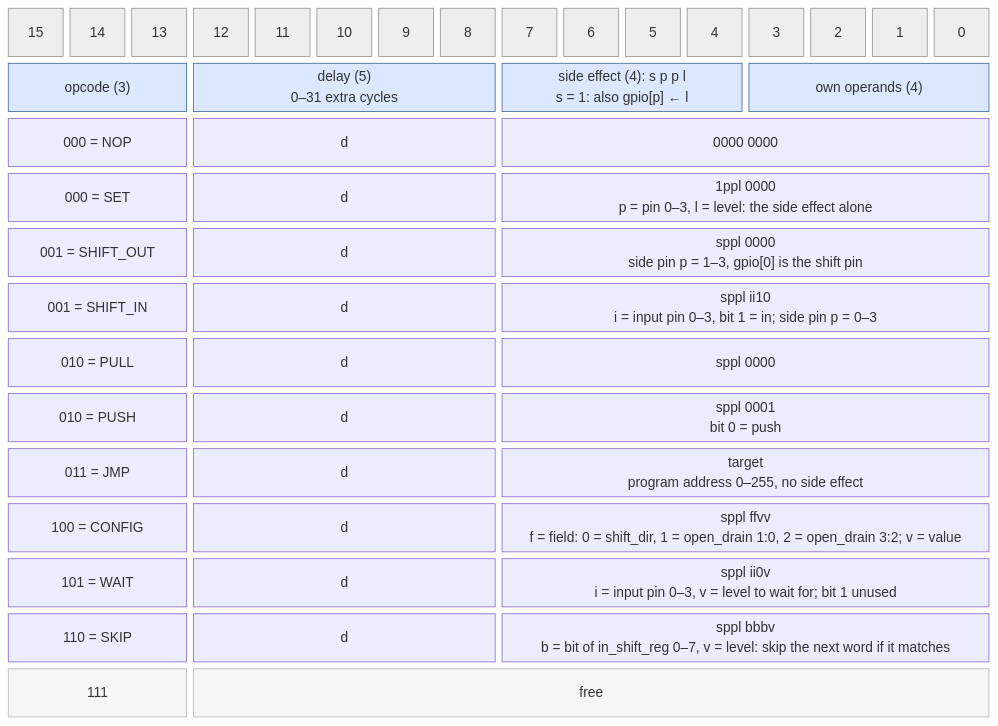
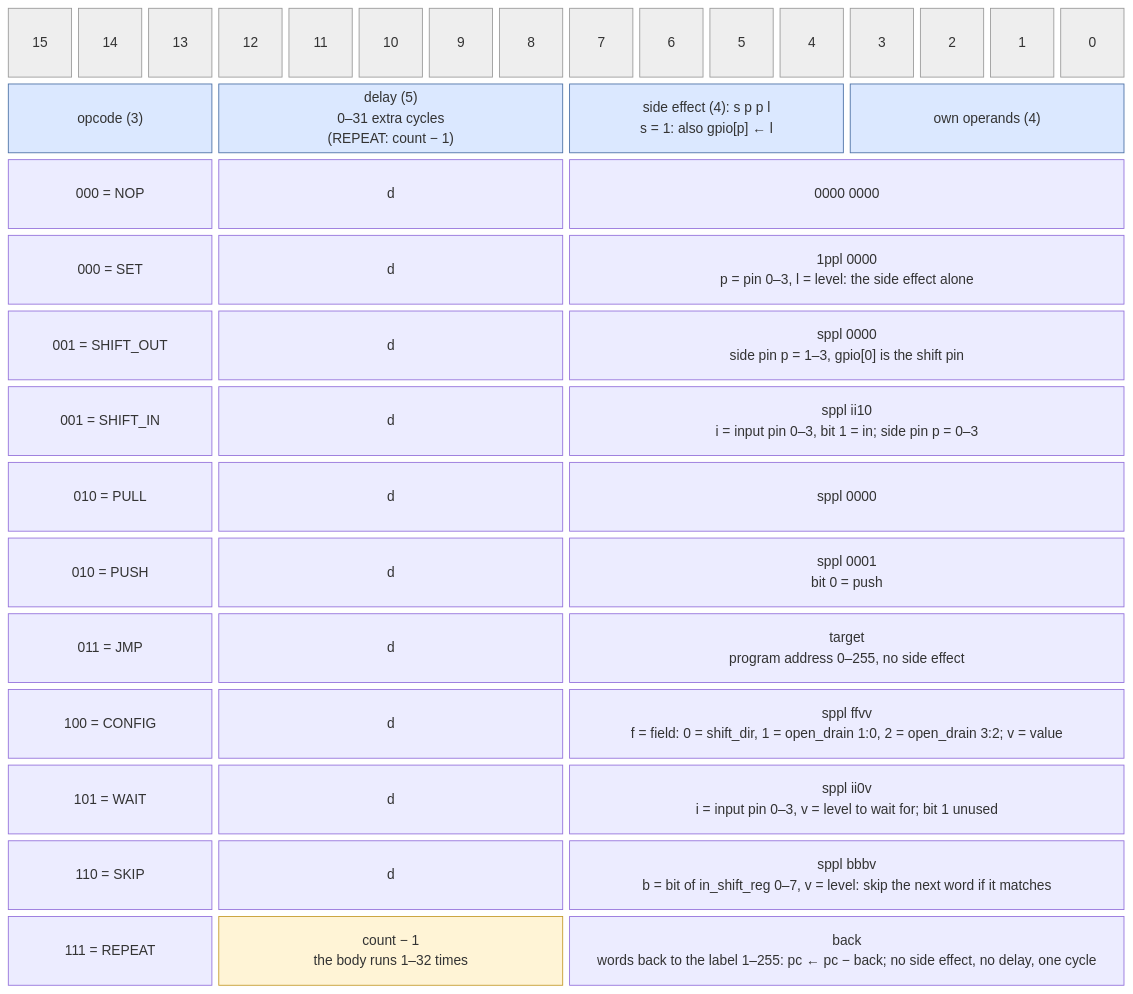
The diagram in docs/isa_encoding.mmd (cshieldsce/smallcore), drawn with Mermaid before and after one commit. The commit also changed 5 other files, not shown here.

```diff
--- a/docs/isa_encoding.mmd
+++ b/docs/isa_encoding.mmd
@@ -1,23 +1,23 @@
 block-beta
   columns 16
   b15["15"] b14["14"] b13["13"] b12["12"] b11["11"] b10["10"] b9["9"] b8["8"]
   b7["7"] b6["6"] b5["5"] b4["4"] b3["3"] b2["2"] b1["1"] b0["0"]
-  opcode["opcode (3)"]:3 delay["delay (5)<br/>0–31 extra cycles"]:5 side["side effect (4): s p p l<br/>s = 1: also gpio[p] ← l"]:4 own["own operands (4)"]:4
+  opcode["opcode (3)"]:3 delay["delay (5)<br/>0–31 extra cycles<br/>(REPEAT: count − 1)"]:5 side["side effect (4): s p p l<br/>s = 1: also gpio[p] ← l"]:4 own["own operands (4)"]:4
   nop["000 = NOP"]:3 nopd["d"]:5 nopop["0000 0000"]:8
   set["000 = SET"]:3 setd["d"]:5 setop["1ppl 0000<br/>p = pin 0–3, l = level: the side effect alone"]:8
   shift["001 = SHIFT_OUT"]:3 shiftd["d"]:5 shiftop["sppl 0000<br/>side pin p = 1–3, gpio[0] is the shift pin"]:8
   shin["001 = SHIFT_IN"]:3 shind["d"]:5 shinop["sppl ii10<br/>i = input pin 0–3, bit 1 = in; side pin p = 0–3"]:8
   pull["010 = PULL"]:3 pulld["d"]:5 pullop["sppl 0000"]:8
   push["010 = PUSH"]:3 pushd["d"]:5 pushop["sppl 0001<br/>bit 0 = push"]:8
   jmp["011 = JMP"]:3 jmpd["d"]:5 jmpop["target<br/>program address 0–255, no side effect"]:8
   cfg["100 = CONFIG"]:3 cfgd["d"]:5 cfgop["sppl ffvv<br/>f = field: 0 = shift_dir, 1 = open_drain 1:0, 2 = open_drain 3:2; v = value"]:8
   wait["101 = WAIT"]:3 waitd["d"]:5 waitop["sppl ii0v<br/>i = input pin 0–3, v = level to wait for; bit 1 unused"]:8
   skip["110 = SKIP"]:3 skipd["d"]:5 skipop["sppl bbbv<br/>b = bit of in_shift_reg 0–7, v = level: skip the next word if it matches"]:8
-  free["111"]:3 freed["free"]:13
+  rep["111 = REPEAT"]:3 repc["count − 1<br/>the body runs 1–32 times"]:5 repop["back<br/>words back to the label 1–255: pc ← pc − back; no side effect, no delay, one cycle"]:8
 
   classDef hdr fill:#eee,stroke:#999,color:#555
   classDef field fill:#dbe8ff,stroke:#4a6fa5
-  classDef unused fill:#f6f6f6,stroke:#bbb,color:#888
+  classDef count fill:#fff4d6,stroke:#c49a2a
   class b15,b14,b13,b12,b11,b10,b9,b8,b7,b6,b5,b4,b3,b2,b1,b0 hdr
   class opcode,delay,side,own field
-  class free,freed unused
+  class repc count
```
